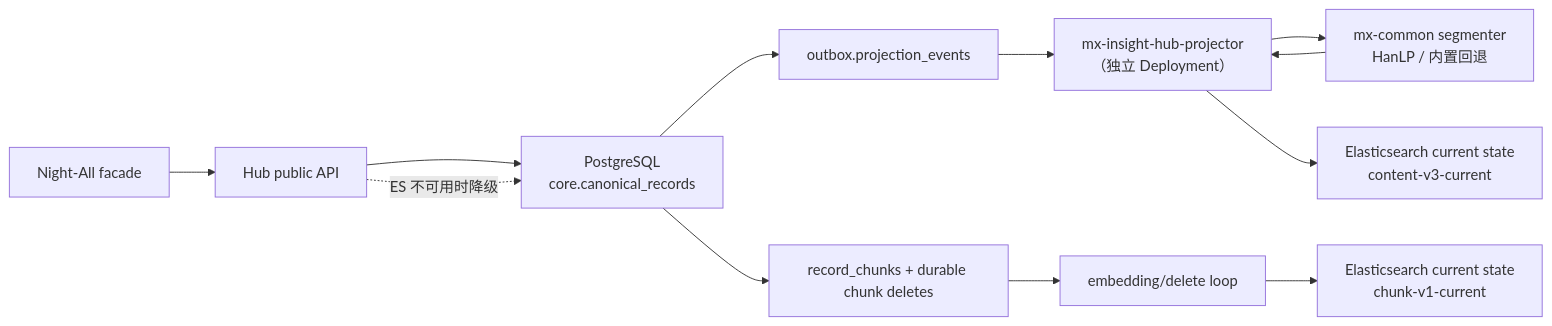
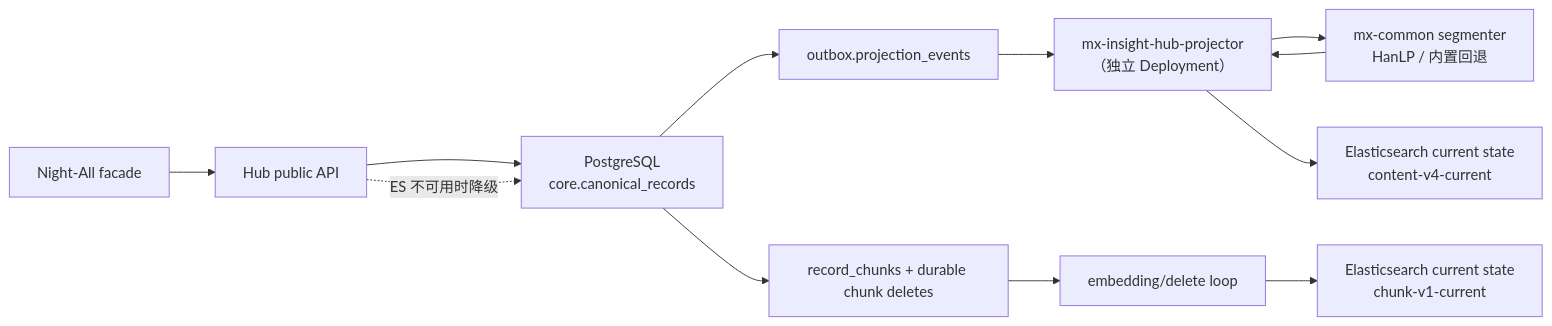
Before and after one commit to qpjoy/de-llaaddddeerr: the diagram in electron-dock/mx-insight-hub/docs/architecture/shared-data-plane-and-search.md, drawn with Mermaid. The commit also changed other lines of this file and 28 other files, not shown here.

````diff
--- a/electron-dock/mx-insight-hub/docs/architecture/shared-data-plane-and-search.md
+++ b/electron-dock/mx-insight-hub/docs/architecture/shared-data-plane-and-search.md
@@ -11,14 +11,14 @@
 ```mermaid
 flowchart LR
   NA["Night-All facade"] --> API["Hub public API"]
   API --> PG["PostgreSQL\ncore.canonical_records"]
   PG --> OB["outbox.projection_events"]
   OB --> PJ["mx-insight-hub-projector\n（独立 Deployment）"]
   PJ --> SEG["mx-common segmenter\nHanLP / 内置回退"]
   SEG --> PJ
-  PJ --> ES1["Elasticsearch current state\ncontent-v3-current"]
+  PJ --> ES1["Elasticsearch current state\ncontent-v4-current"]
   PG --> CH["record_chunks + durable chunk deletes"]
   CH --> EP["embedding/delete loop"]
   EP --> ES2["Elasticsearch current state\nchunk-v1-current"]
   API -. "ES 不可用时降级" .-> PG
 ```
````
